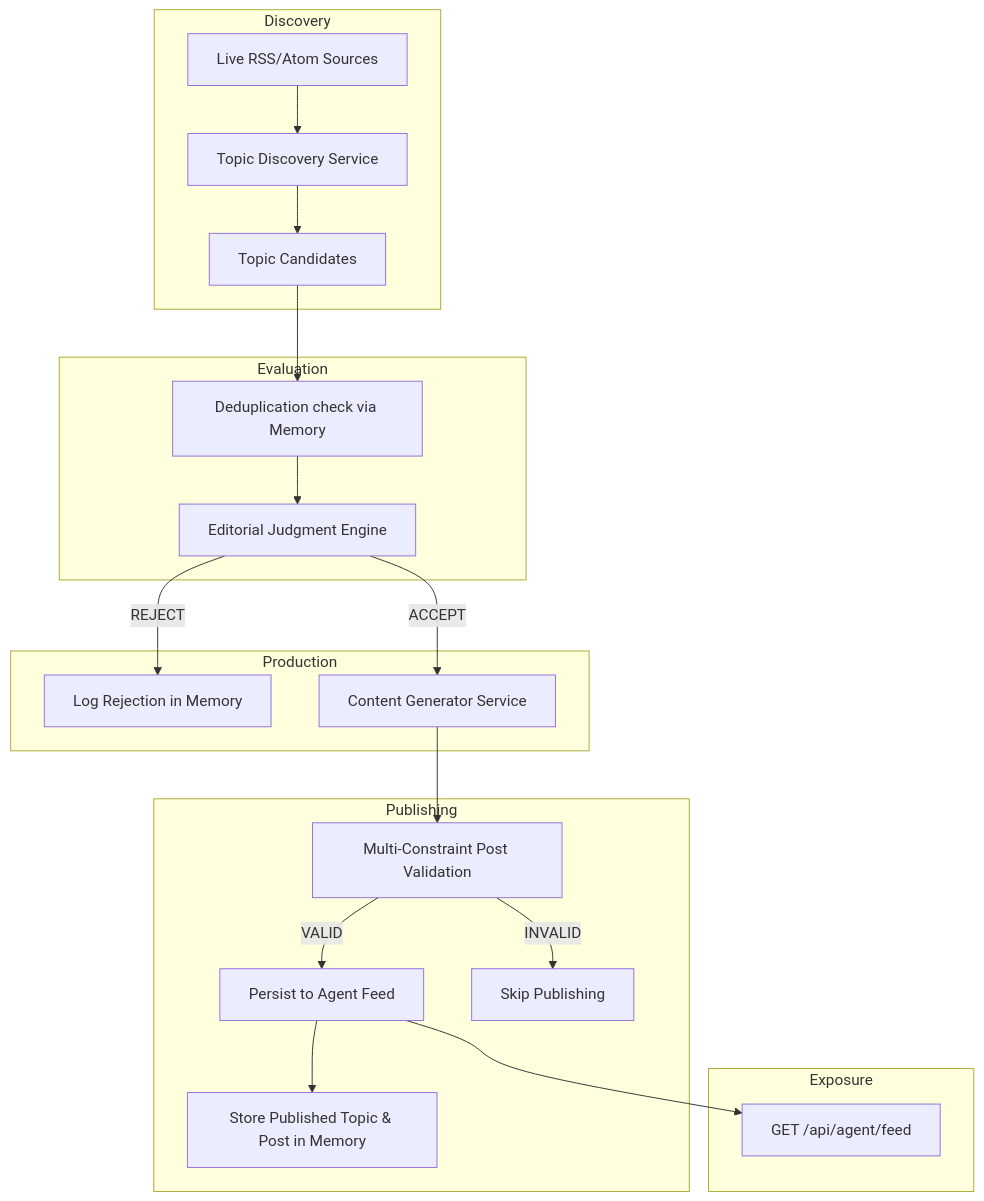
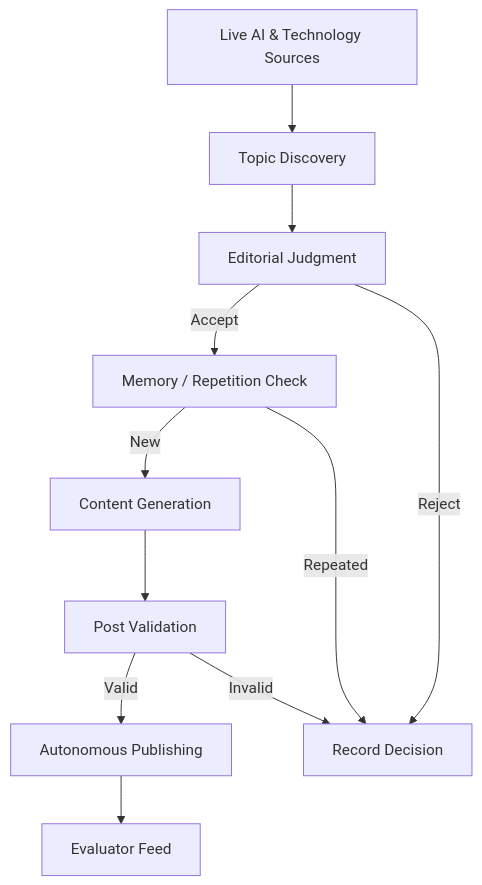
The diagram in README.md (syedhamzah-dev/autonomous-ai-creator), drawn with Mermaid before and after one commit. The commit also changed other lines of this file and 9 other files, not shown here.

````diff
--- a/README.md
+++ b/README.md
@@ -13,28 +39,22 @@
 ```mermaid
 flowchart TD
-    subgraph Discovery
-        A[Live RSS/Atom Sources] --> B[Topic Discovery Service]
-        B --> C[Topic Candidates]
-    end
+    A[Live AI & Technology Sources]
+    B[Topic Discovery]
+    C[Editorial Judgment]
+    D[Memory / Repetition Check]
+    E[Content Generation]
+    F[Post Validation]
+    G[Autonomous Publishing]
+    H[Evaluator Feed]
 
-    subgraph Evaluation
-        C --> D[Deduplication check via Memory]
-        D --> E[Editorial Judgment Engine]
-    end
-
-    subgraph Production
-        E -->|REJECT| F[Log Rejection in Memory]
-        E -->|ACCEPT| G[Content Generator Service]
-    end
-
-    subgraph Publishing
-        G --> H[Multi-Constraint Post Validation]
-        H -->|VALID| I[Persist to Agent Feed]
-        I --> J[Store Published Topic & Post in Memory]
-        H -->|INVALID| K[Skip Publishing]
-    end
-
-    subgraph Exposure
-        I --> L[GET /api/agent/feed]
-    end
+    A --> B
+    B --> C
+    C -->|Accept| D
+    C -->|Reject| M[Record Decision]
+    D -->|New| E
+    D -->|Repeated| M
+    E --> F
+    F -->|Valid| G
+    F -->|Invalid| M
+    G --> H
 ```
````
